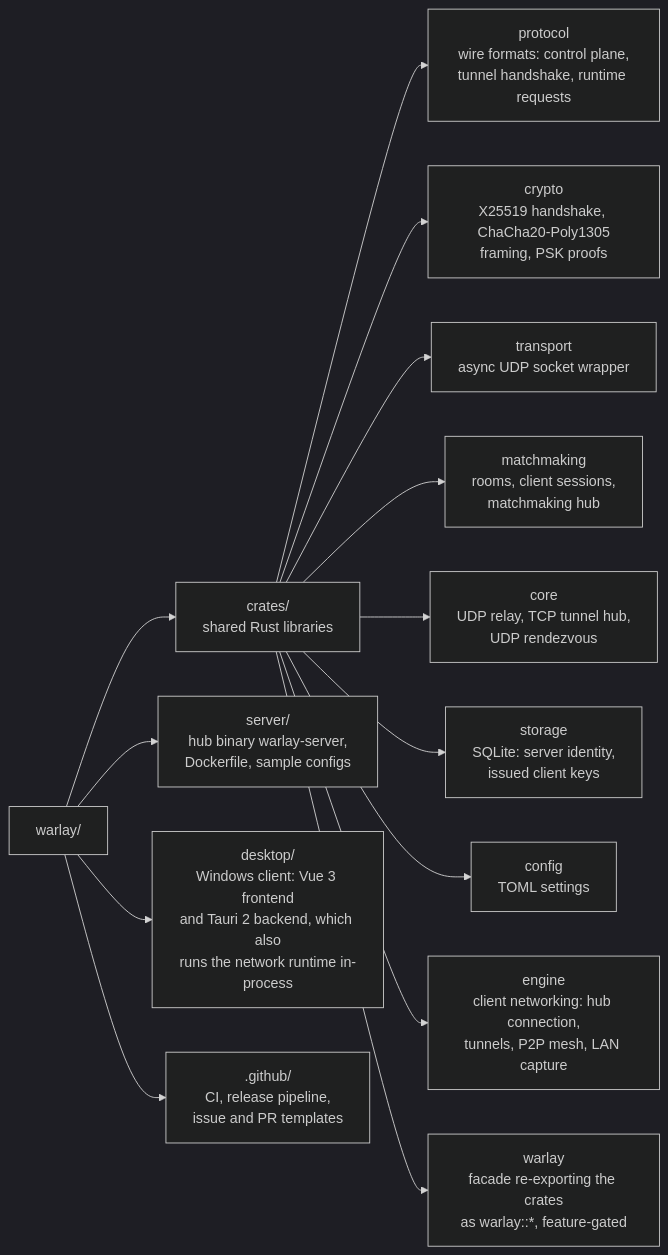
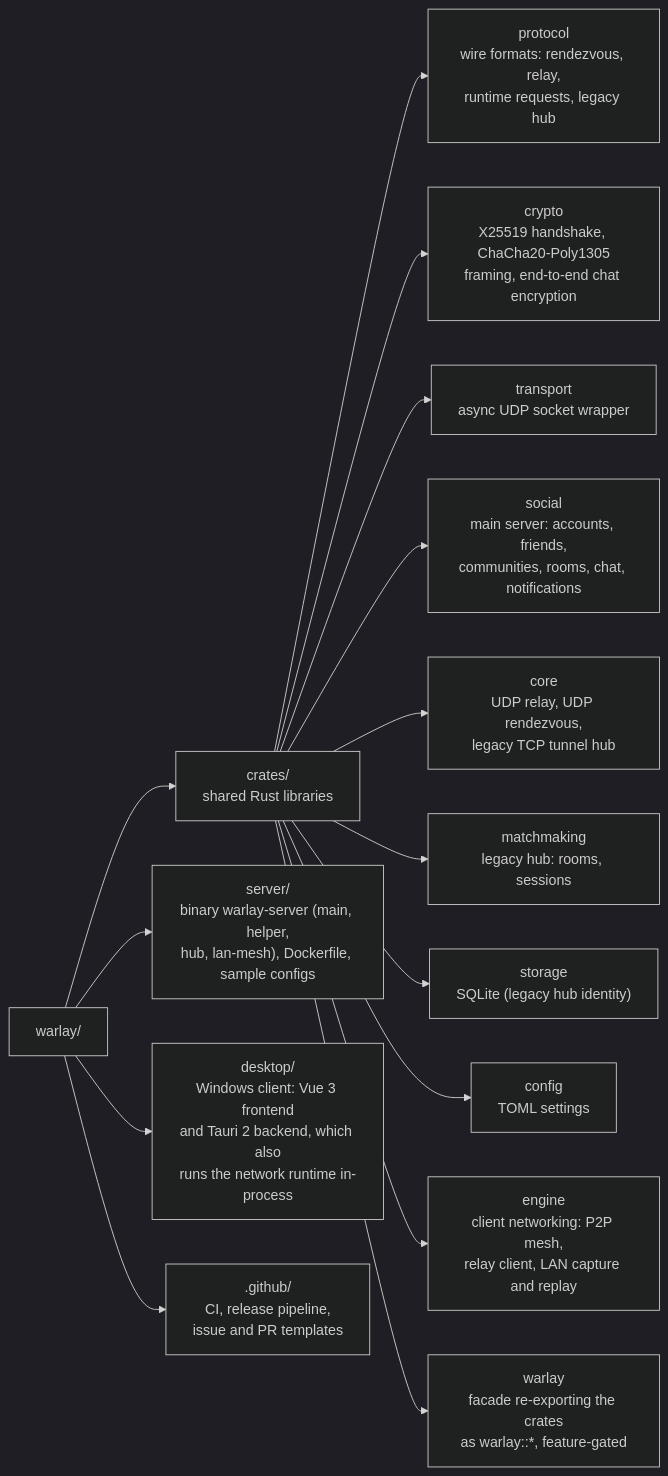
One commit to jhonsferg/warlay changed the second of 4 diagrams in README.md. Above: the diagram before and after it, drawn with Mermaid (dark theme). The commit also changed other lines of this file, not shown here.

First line of the commit message:
docs: actualiza el README a la arquitectura main y helper

````diff
--- a/README.md
+++ b/README.md
@@ -171,19 +216,20 @@
 ```mermaid
 flowchart LR
     root["warlay/"]
 
     root --> crates["crates/<br/>shared Rust libraries"]
-    crates --> protocol["protocol<br/>wire formats: control plane,<br/>tunnel handshake, runtime requests"]
-    crates --> crypto["crypto<br/>X25519 handshake, ChaCha20-Poly1305<br/>framing, PSK proofs"]
+    crates --> protocol["protocol<br/>wire formats: rendezvous, relay,<br/>runtime requests, legacy hub"]
+    crates --> crypto["crypto<br/>X25519 handshake, ChaCha20-Poly1305<br/>framing, end-to-end chat encryption"]
     crates --> transport["transport<br/>async UDP socket wrapper"]
-    crates --> matchmaking["matchmaking<br/>rooms, client sessions,<br/>matchmaking hub"]
-    crates --> core["core<br/>UDP relay, TCP tunnel hub,<br/>UDP rendezvous"]
-    crates --> storage["storage<br/>SQLite: server identity,<br/>issued client keys"]
+    crates --> social["social<br/>main server: accounts, friends,<br/>communities, rooms, chat, notifications"]
+    crates --> core["core<br/>UDP relay, UDP rendezvous,<br/>legacy TCP tunnel hub"]
+    crates --> matchmaking["matchmaking<br/>legacy hub: rooms, sessions"]
+    crates --> storage["storage<br/>SQLite (legacy hub identity)"]
     crates --> config["config<br/>TOML settings"]
-    crates --> engine["engine<br/>client networking: hub connection,<br/>tunnels, P2P mesh, LAN capture"]
+    crates --> engine["engine<br/>client networking: P2P mesh,<br/>relay client, LAN capture and replay"]
     crates --> facade["warlay<br/>facade re-exporting the crates<br/>as warlay::*, feature-gated"]
 
-    root --> server["server/<br/>hub binary warlay-server,<br/>Dockerfile, sample configs"]
+    root --> server["server/<br/>binary warlay-server (main, helper,<br/>hub, lan-mesh), Dockerfile, sample configs"]
     root --> desktop["desktop/<br/>Windows client: Vue 3 frontend<br/>and Tauri 2 backend, which also<br/>runs the network runtime in-process"]
     root --> github[".github/<br/>CI, release pipeline,<br/>issue and PR templates"]
 ```
````
